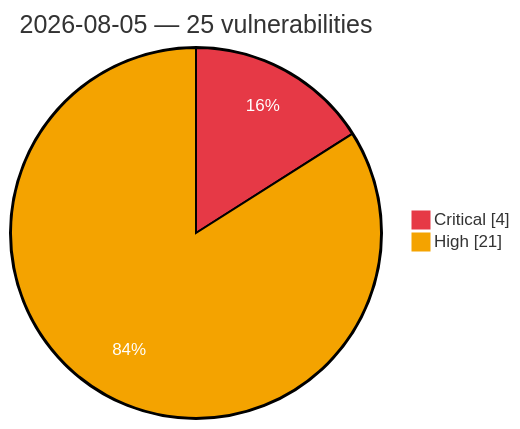
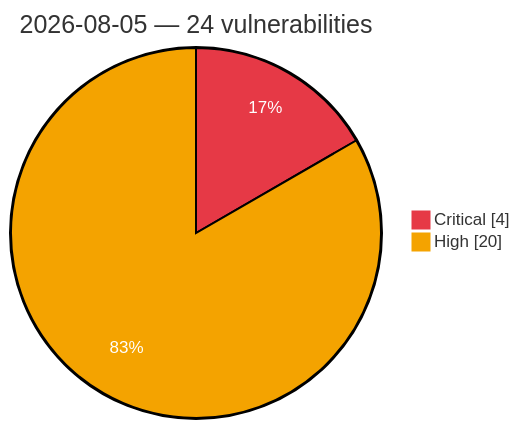
Before and after one commit to GhostX0X/vuln-tracker: the diagram in vulnerabilities/2026-08-05.md, drawn with Mermaid. The commit also changed other lines of this file and 2 other files, not shown here.

Commit message:
Auto update: critical/high vulns (2026-08-06 03:35 UTC)

````diff
--- a/vulnerabilities/2026-08-05.md
+++ b/vulnerabilities/2026-08-05.md
@@ -3,7 +3,7 @@
 ```mermaid
 %%{init: {'theme':'base', 'themeVariables': {'pie1':'#e63946', 'pie2':'#f4a300', 'pieOpacity':'1', 'pieOuterStrokeWidth':'2px', 'pieSectionTextColor':'#ffffff'}}}%%
 pie showData
-    title 2026-08-05 — 25 vulnerabilities
+    title 2026-08-05 — 24 vulnerabilities
     "Critical" : 4
-    "High" : 21
+    "High" : 20
 ```
````
